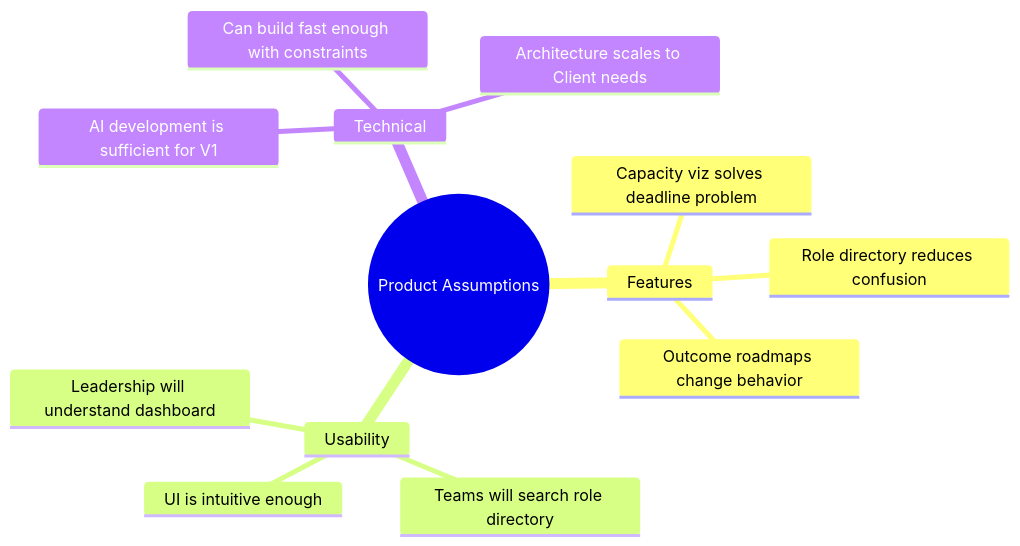
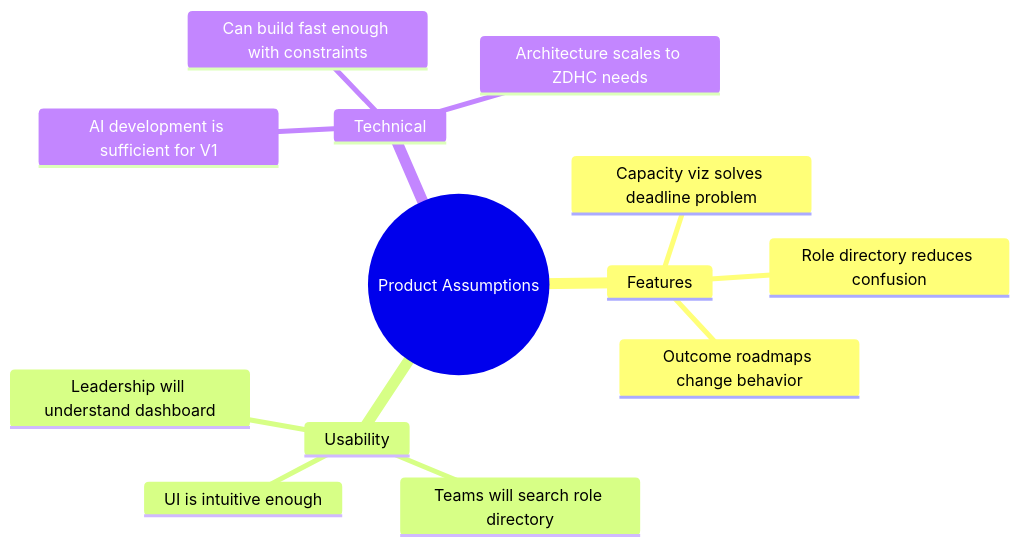
One commit to synergyai-os/Synergy-Open-Source changed the second of 6 diagrams in dev-docs/draft_claude/05-assumption-learning-log.md. Above: the diagram before and after it, drawn with Mermaid. The commit also changed other lines of this file and 12 other files, not shown here.

````diff
--- a/dev-docs/draft_claude/05-assumption-learning-log.md
+++ b/dev-docs/draft_claude/05-assumption-learning-log.md
@@ -168,16 +168,16 @@
 ```mermaid
 mindmap
   root((Product Assumptions))
     Features
       Capacity viz solves deadline problem
       Role directory reduces confusion
       Outcome roadmaps change behavior
     Usability
       Leadership will understand dashboard
       Teams will search role directory
       UI is intuitive enough
     Technical
       AI development is sufficient for V1
       Can build fast enough with constraints
-      Architecture scales to Client needs
+      Architecture scales to ZDHC needs
 ```
````
